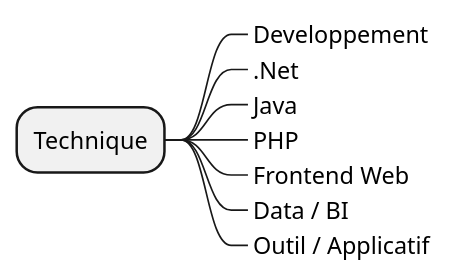
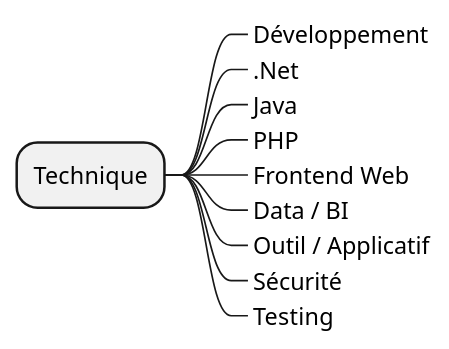
One commit to diplomegalo/roadmap changed the diagram in diagram/domaine/technique.puml. Above: the diagram before and after it, drawn with PlantUML. The commit also changed 8 other files, not shown here.

```diff
--- a/diagram/domaine/technique.puml
+++ b/diagram/domaine/technique.puml
@@ -1,10 +1,12 @@
 @startmindmap
 * Technique
-**_ Developpement
+**_ Développement
 **_ .Net
 **_ Java
 **_ PHP
 **_ Frontend Web
 **_ Data / BI
 **_ Outil / Applicatif
+**_ Sécurité
+**_ Testing
 @endmindmap
```
